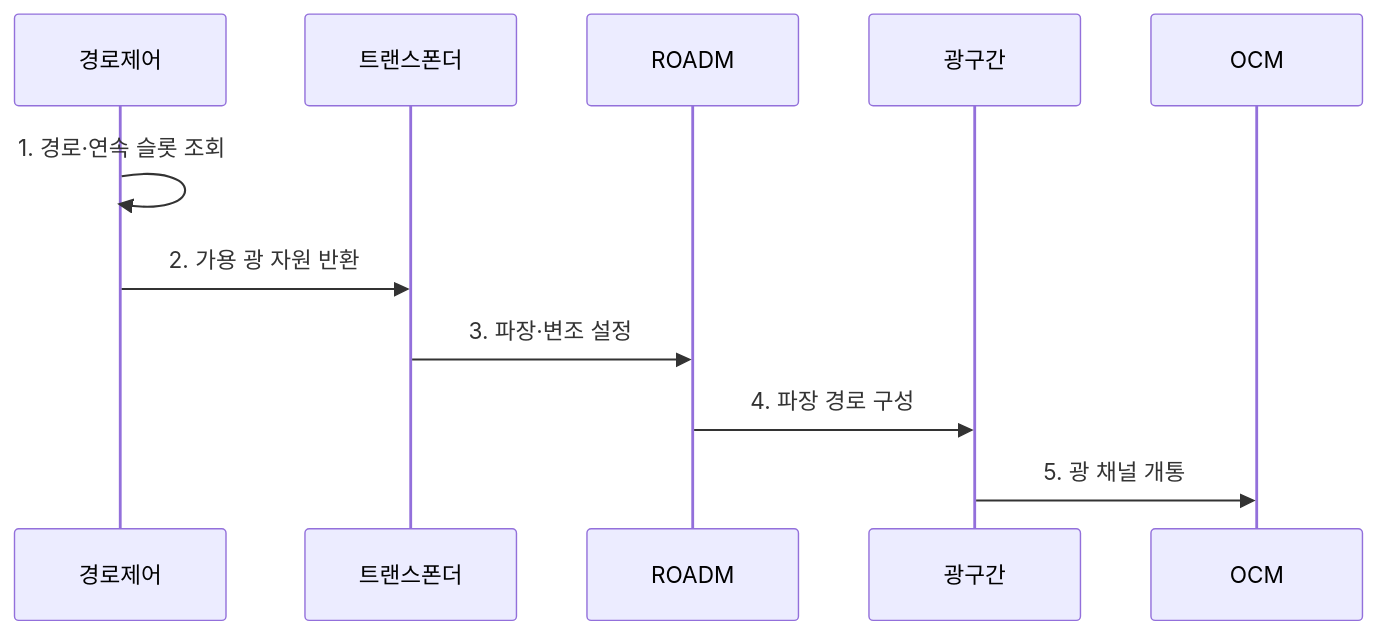
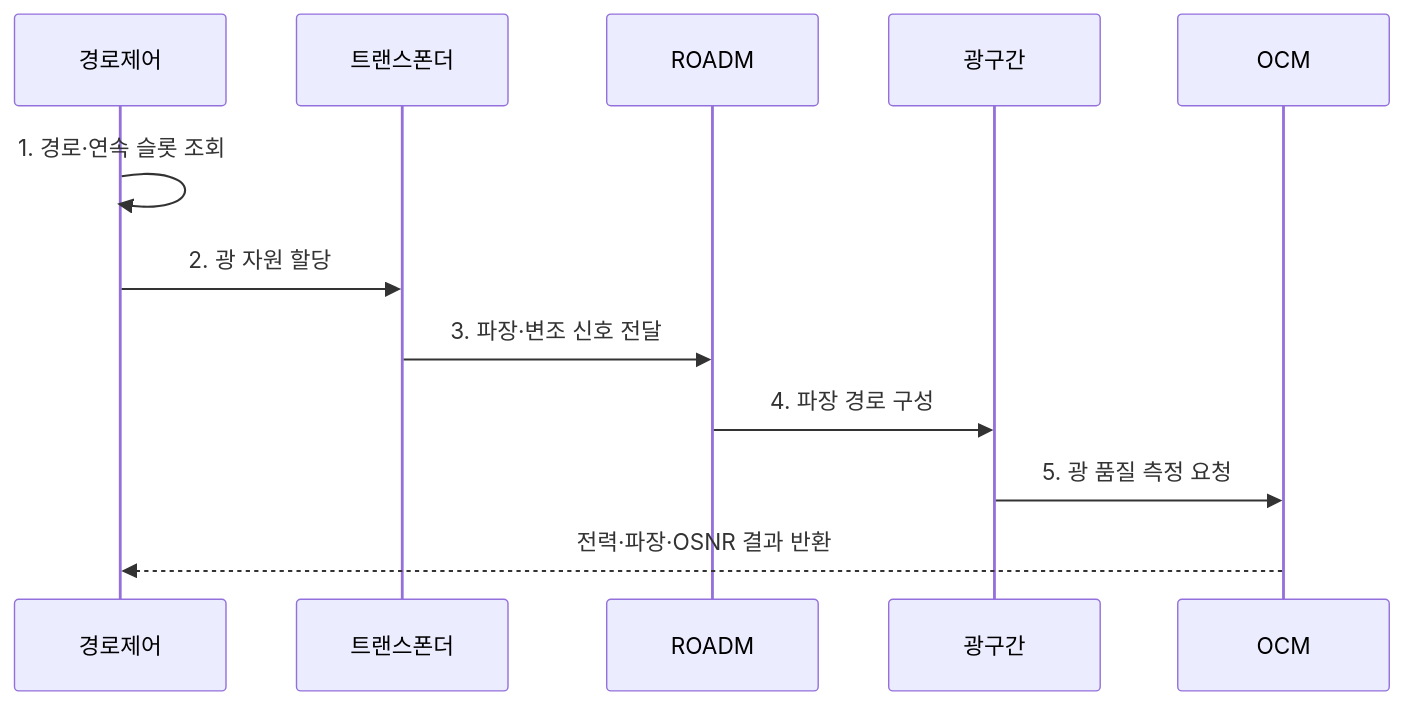
The second of 2 diagrams in src/content/docs/notes/04-network/070_wdm_dwdm.md (agnusdei1207/knowledge-base), drawn with Mermaid before and after one commit. The commit also changed other lines of this file and 20 other files, not shown here.

````diff
--- a/src/content/docs/notes/04-network/070_wdm_dwdm.md
+++ b/src/content/docs/notes/04-network/070_wdm_dwdm.md
@@ -85,13 +89,14 @@
 ```mermaid
 sequenceDiagram
     participant 경로제어
     participant 트랜스폰더
     participant ROADM
     participant 광구간
     participant OCM
     경로제어->>경로제어: 1. 경로·연속 슬롯 조회
-    경로제어->>트랜스폰더: 2. 가용 광 자원 반환
-    트랜스폰더->>ROADM: 3. 파장·변조 설정
+    경로제어->>트랜스폰더: 2. 광 자원 할당
+    트랜스폰더->>ROADM: 3. 파장·변조 신호 전달
     ROADM->>광구간: 4. 파장 경로 구성
-    광구간->>OCM: 5. 광 채널 개통
+    광구간->>OCM: 5. 광 품질 측정 요청
+    OCM-->>경로제어: 전력·파장·OSNR 결과 반환
 ```
````
